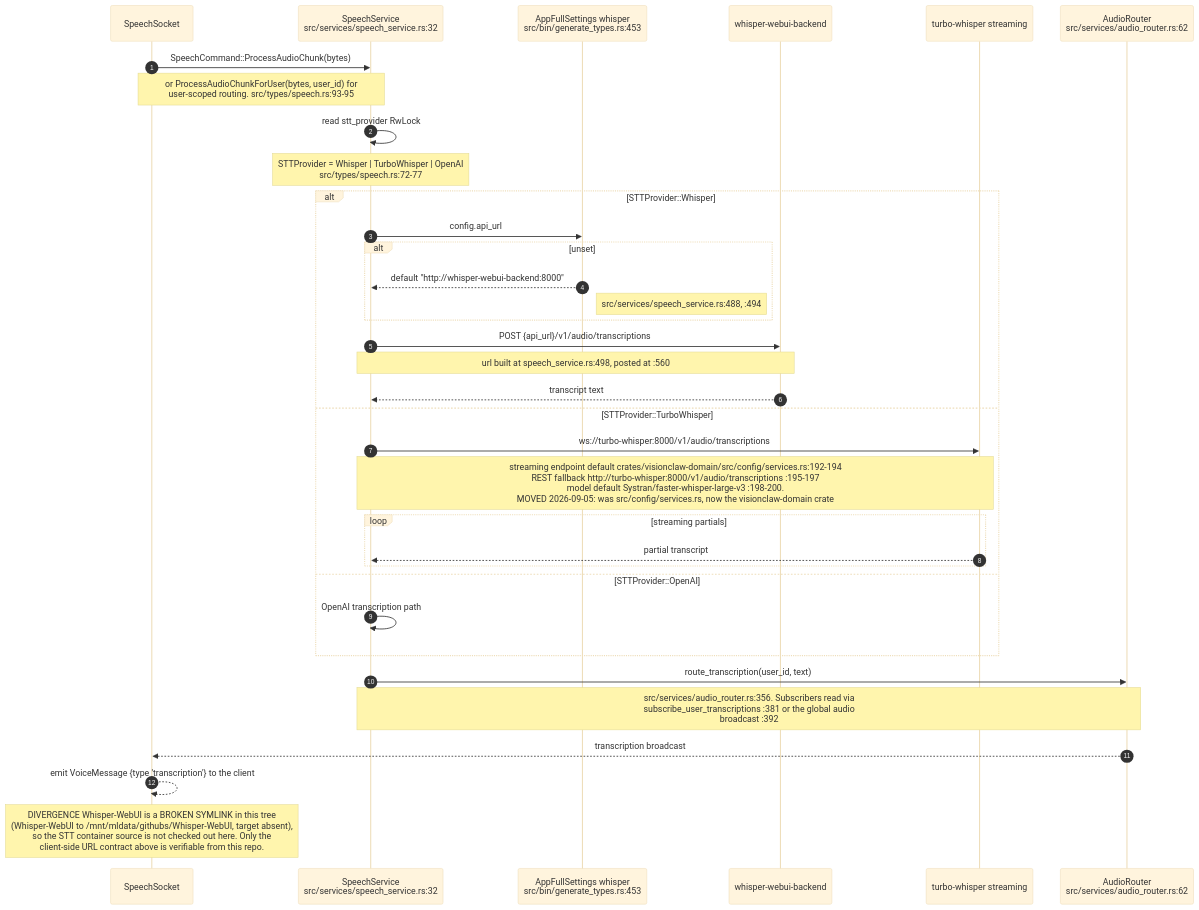
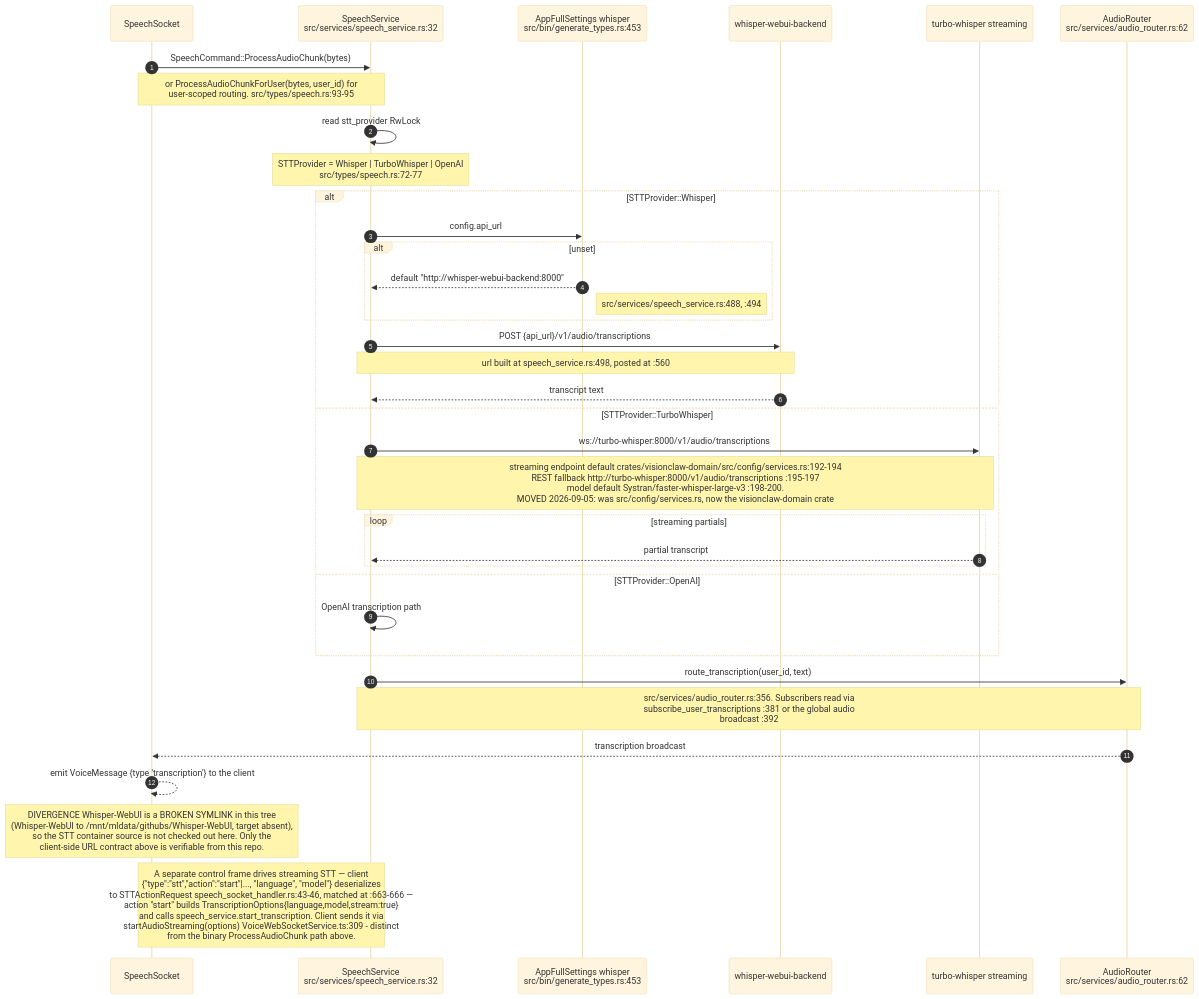
One commit to DreamLab-AI/VisionFlow changed the fifth of 12 diagrams in docs/diagrams/visionclaw/35-voice-end-to-end.md. Above: the diagram before and after it, drawn with Mermaid (base theme). The commit also changed other lines of this file and 136 other files, not shown here.

First line of the commit message:
docs(diagrams): refresh the whole corpus to code HEAD and prune low-value diagrams

````diff
--- a/docs/diagrams/visionclaw/35-voice-end-to-end.md
+++ b/docs/diagrams/visionclaw/35-voice-end-to-end.md
@@ -312,38 +263,39 @@
 ```mermaid
 sequenceDiagram
     autonumber
     participant SS as SpeechSocket
     participant SP as SpeechService<br/>src/services/speech_service.rs:32
     participant CFG as AppFullSettings whisper<br/>src/bin/generate_types.rs:453
     participant WH as whisper-webui-backend
     participant TW as turbo-whisper streaming
     participant AR as AudioRouter<br/>src/services/audio_router.rs:62
 
     SS->>SP: SpeechCommand::ProcessAudioChunk(bytes)
     Note over SS,SP: or ProcessAudioChunkForUser(bytes, user_id) for<br/>user-scoped routing. src/types/speech.rs:93-95
     SP->>SP: read stt_provider RwLock
     Note over SP: STTProvider = Whisper | TurboWhisper | OpenAI<br/>src/types/speech.rs:72-77
     alt STTProvider::Whisper
         SP->>CFG: config.api_url
         alt unset
             CFG-->>SP: default "http://whisper-webui-backend:8000"
             Note right of CFG: src/services/speech_service.rs:488, :494
         end
         SP->>WH: POST {api_url}/v1/audio/transcriptions
         Note over SP,WH: url built at speech_service.rs:498, posted at :560
         WH-->>SP: transcript text
     else STTProvider::TurboWhisper
         SP->>TW: ws://turbo-whisper:8000/v1/audio/transcriptions
         Note over SP,TW: streaming endpoint default crates/visionclaw-domain/src/config/services.rs:192-194<br/>REST fallback http://turbo-whisper:8000/v1/audio/transcriptions :195-197<br/>model default Systran/faster-whisper-large-v3 :198-200.<br/>MOVED 2026-09-05: was src/config/services.rs, now the visionclaw-domain crate
         loop streaming partials
             TW-->>SP: partial transcript
         end
     else STTProvider::OpenAI
         SP->>SP: OpenAI transcription path
     end
     SP->>AR: route_transcription(user_id, text)
     Note over SP,AR: src/services/audio_router.rs:356. Subscribers read via<br/>subscribe_user_transcriptions :381 or the global audio<br/>broadcast :392
     AR-->>SS: transcription broadcast
     SS-->>SS: emit VoiceMessage {type 'transcription'} to the client
     Note over SS: DIVERGENCE Whisper-WebUI is a BROKEN SYMLINK in this tree<br/>(Whisper-WebUI to /mnt/mldata/githubs/Whisper-WebUI, target absent),<br/>so the STT container source is not checked out here. Only the<br/>client-side URL contract above is verifiable from this repo.
+    Note over SS,SP: A separate control frame drives streaming STT — client<br/>{"type":"stt","action":"start"|..., "language", "model"} deserializes<br/>to STTActionRequest speech_socket_handler.rs:43-46, matched at :663-666 —<br/>action "start" builds TranscriptionOptions{language,model,stream:true}<br/>and calls speech_service.start_transcription. Client sends it via<br/>startAudioStreaming(options) VoiceWebSocketService.ts:309 - distinct<br/>from the binary ProcessAudioChunk path above.
 ```
````
